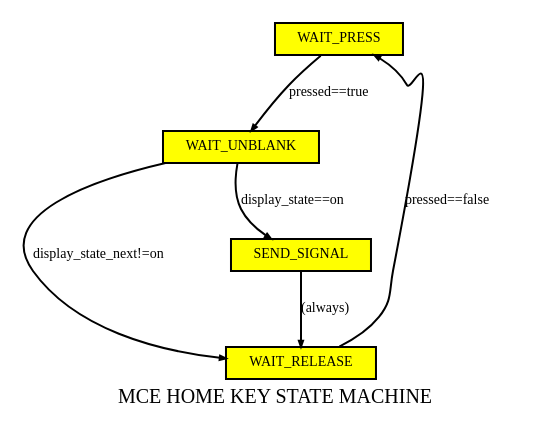
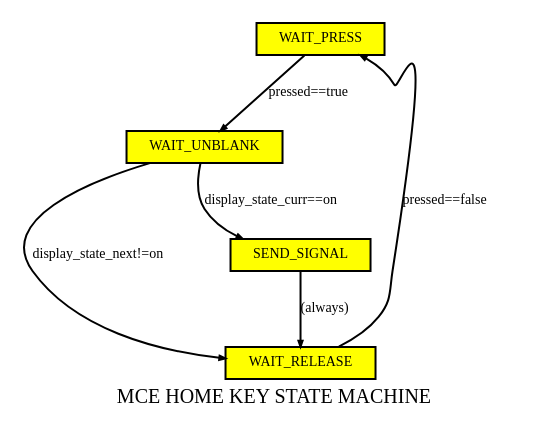
The diagram in homekey.dot (sailfishos/mce), drawn with Graphviz before and after one commit. The commit also changed 39 other files, not shown here.

```diff
--- a/homekey.dot
+++ b/homekey.dot
@@ -1,36 +1,36 @@
 /* -*- mode: c -*- */
 
 /* Extra documentation for state transitions made while
  * handling home key presses.
  *
  * To create PNG image, execute:
  *   dot -Tpng homekey.dot -o homekey.png
  */
 
 digraph home_key_state_machine {
     fontsize=10;
     label = "MCE HOME KEY STATE MACHINE";
     nodesep=0.3;
     ranksep=0.4;
     node[fontsize=7];
     edge[fontsize=7];
     edge[arrowsize=0.3];
     node[style=filled,fillcolor=skyblue,shape=box];
     node[width=0.00001];
     node[height=0.00001];
 
     node[fillcolor=yellow];
 
     WAIT_PRESS;
     WAIT_UNBLANK;
     WAIT_RELEASE;
     SEND_SIGNAL;
 
     node[shape=oval,fillcolor=pink];
 
     WAIT_PRESS    -> WAIT_UNBLANK  [label=" pressed==true\l"];
     WAIT_UNBLANK  -> WAIT_RELEASE  [label=" display_state_next!=on\l"];
-    WAIT_UNBLANK  -> SEND_SIGNAL   [label=" display_state==on\l"];
+    WAIT_UNBLANK  -> SEND_SIGNAL   [label=" display_state_curr==on\l"];
     SEND_SIGNAL   -> WAIT_RELEASE  [label=" (always)\l"];
     WAIT_RELEASE  -> WAIT_PRESS    [label=" pressed==false\l"];
 }
```
